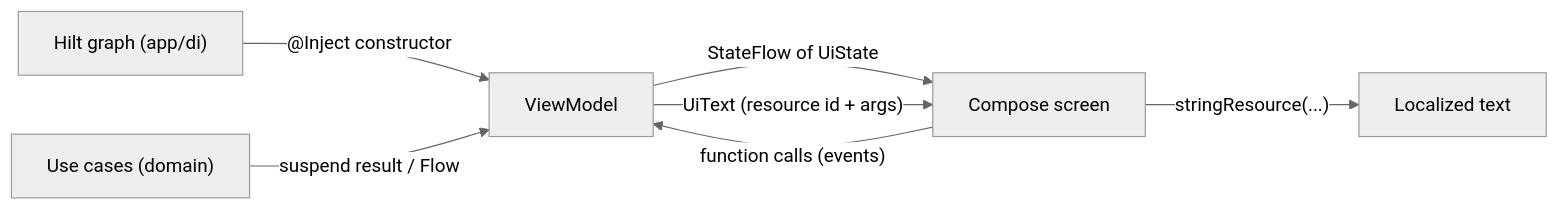
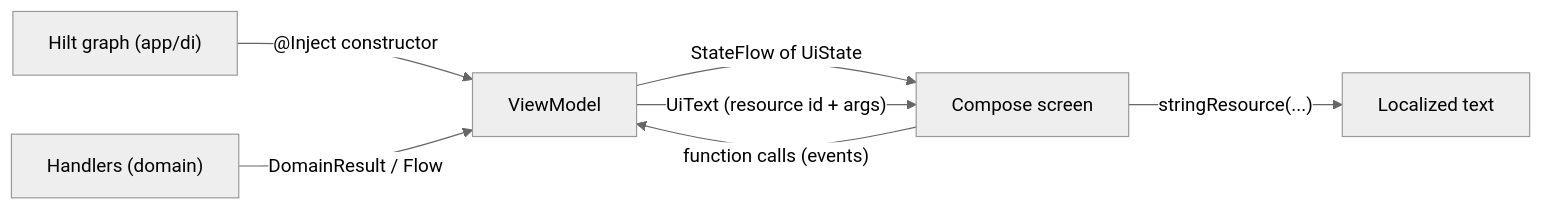
The second of 3 diagrams in docs/dev/design.md (mannetje/health_journal), drawn with Mermaid (neutral theme) before and after one commit. The commit also changed other lines of this file and 214 other files, not shown here.

````diff
--- a/docs/dev/design.md
+++ b/docs/dev/design.md
@@ -70,9 +70,9 @@
 ```mermaid
 flowchart LR
     DI["Hilt graph (app/di)"] -->|"@Inject constructor"| VM["ViewModel"]
-    UC["Use cases (domain)"] -->|"suspend result / Flow"| VM
+    UC["Handlers (domain)"] -->|"DomainResult / Flow"| VM
     VM -->|"StateFlow of UiState"| SCR["Compose screen"]
     SCR -->|"function calls (events)"| VM
     VM -->|"UiText (resource id + args)"| SCR
     SCR -->|"stringResource(...)"| TXT["Localized text"]
 ```
````
